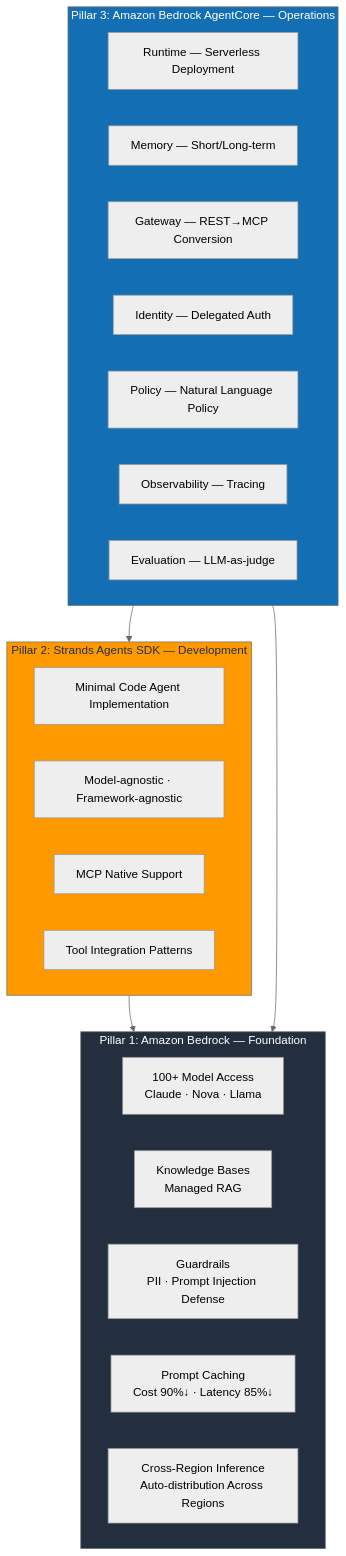
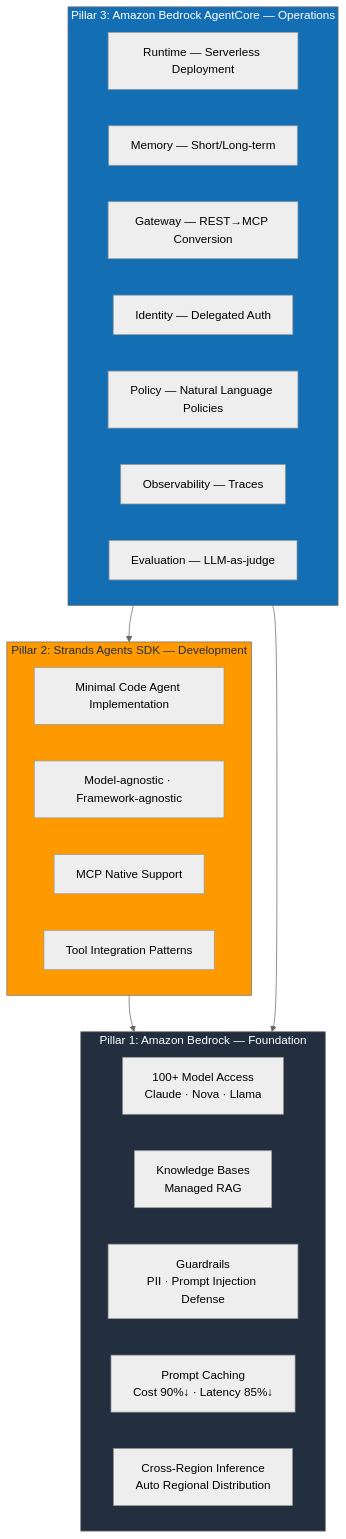
Before and after one commit to devfloor9/engineering-playbook: the first of 5 diagrams in i18n/en/docusaurus-plugin-content-docs/current/agentic-ai-platform/design-architecture/aws-native-agentic-platform.md, drawn with Mermaid (neutral theme). The commit also changed other lines of this file and 95 other files, not shown here.

````diff
--- a/i18n/en/docusaurus-plugin-content-docs/current/agentic-ai-platform/design-architecture/aws-native-agentic-platform.md
+++ b/i18n/en/docusaurus-plugin-content-docs/current/agentic-ai-platform/design-architecture/aws-native-agentic-platform.md
@@ -57,35 +57,35 @@
 ```mermaid
 graph TB
     subgraph Pillar1["Pillar 1: Amazon Bedrock — Foundation"]
         B1["100+ Model Access<br/>Claude · Nova · Llama"]
         B2["Knowledge Bases<br/>Managed RAG"]
         B3["Guardrails<br/>PII · Prompt Injection Defense"]
         B4["Prompt Caching<br/>Cost 90%↓ · Latency 85%↓"]
-        B5["Cross-Region Inference<br/>Auto-distribution Across Regions"]
+        B5["Cross-Region Inference<br/>Auto Regional Distribution"]
     end
 
     subgraph Pillar2["Pillar 2: Strands Agents SDK — Development"]
         S1["Minimal Code Agent Implementation"]
         S2["Model-agnostic · Framework-agnostic"]
         S3["MCP Native Support"]
         S4["Tool Integration Patterns"]
     end
 
     subgraph Pillar3["Pillar 3: Amazon Bedrock AgentCore — Operations"]
         A1["Runtime — Serverless Deployment"]
         A2["Memory — Short/Long-term"]
         A3["Gateway — REST→MCP Conversion"]
         A4["Identity — Delegated Auth"]
-        A5["Policy — Natural Language Policy"]
-        A6["Observability — Tracing"]
+        A5["Policy — Natural Language Policies"]
+        A6["Observability — Traces"]
         A7["Evaluation — LLM-as-judge"]
     end
 
     Pillar2 --> Pillar1
     Pillar3 --> Pillar2
     Pillar3 --> Pillar1
 
     style Pillar1 fill:#232F3E,color:#fff
     style Pillar2 fill:#FF9900,color:#232F3E
     style Pillar3 fill:#146EB4,color:#fff
 ```
````
